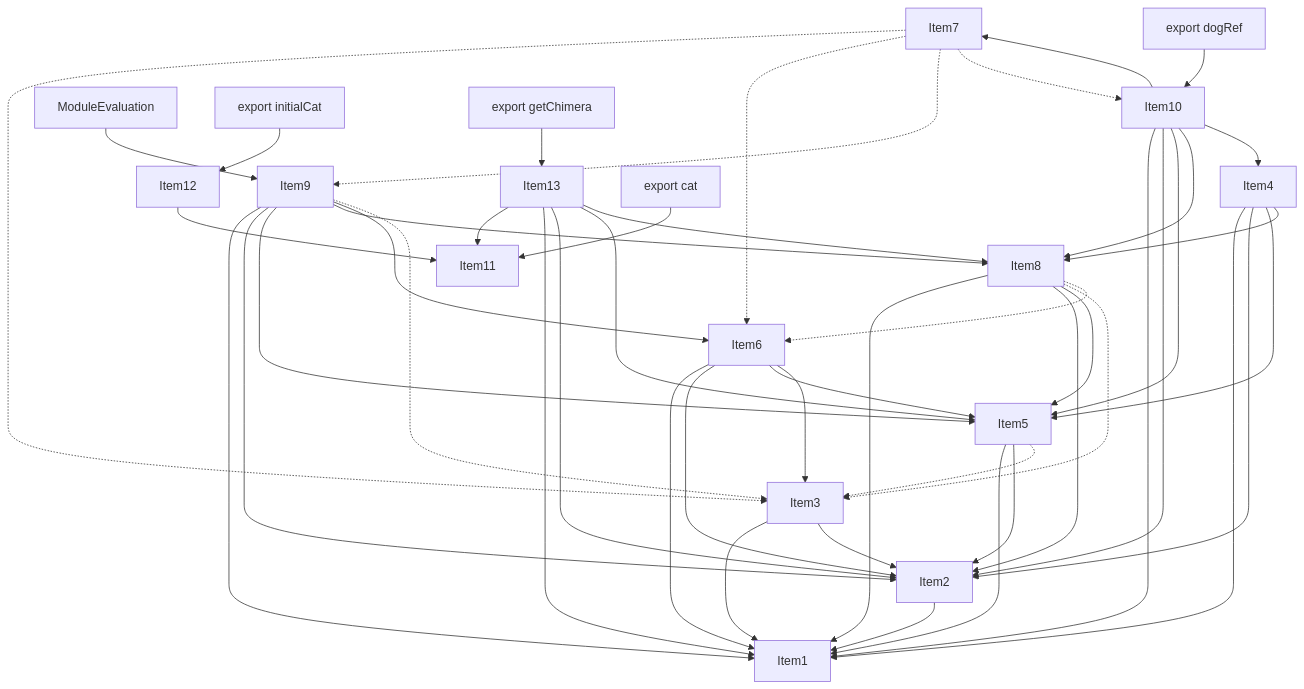
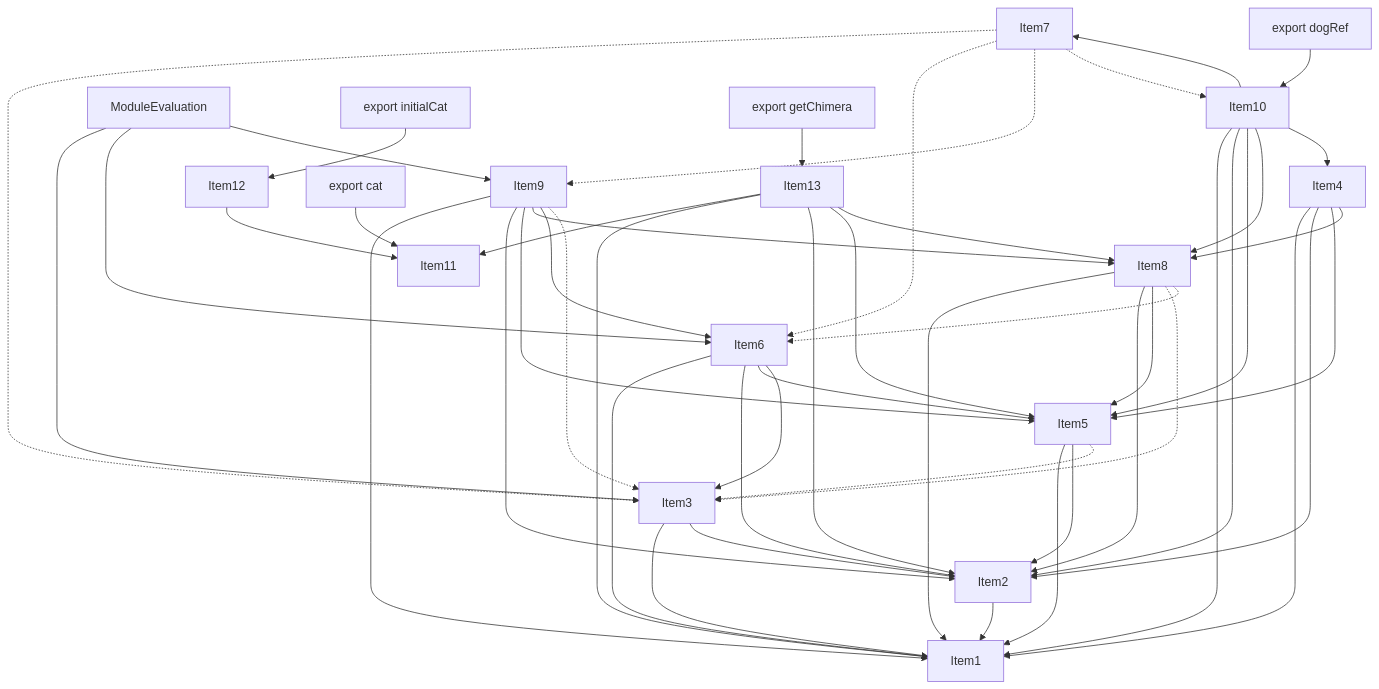
The fourth of 5 diagrams in crates/turbopack-ecmascript/tests/tree-shaker/analyzer/complex/output.md (vercel/turborepo), drawn with Mermaid before and after one commit. The commit also changed other lines of this file and 2 other files, not shown here.

Commit message:
Update test refs

````diff
--- a/crates/turbopack-ecmascript/tests/tree-shaker/analyzer/complex/output.md
+++ b/crates/turbopack-ecmascript/tests/tree-shaker/analyzer/complex/output.md
@@ -296,72 +296,74 @@
 ```mermaid
 graph TD
     Item1;
     Item2;
     Item3;
     Item4;
     Item5;
     Item6;
     Item7;
     Item8;
     Item9;
     Item10;
     Item11;
     Item12;
     Item13;
     Item14;
     Item14["ModuleEvaluation"];
     Item15;
     Item15["export dogRef"];
     Item16;
     Item16["export cat"];
     Item17;
     Item17["export initialCat"];
     Item18;
     Item18["export getChimera"];
     Item2 --> Item1;
     Item3 --> Item1;
     Item3 --> Item2;
     Item5 --> Item1;
     Item5 --> Item2;
     Item5 -.-> Item3;
     Item6 --> Item1;
     Item6 --> Item2;
     Item6 --> Item5;
     Item6 --> Item3;
     Item8 --> Item1;
     Item8 --> Item2;
     Item8 --> Item5;
     Item8 -.-> Item3;
     Item8 -.-> Item6;
     Item9 --> Item1;
     Item9 --> Item2;
     Item9 --> Item5;
     Item9 --> Item8;
     Item9 --> Item6;
     Item9 -.-> Item3;
     Item10 --> Item1;
     Item10 --> Item2;
     Item10 --> Item5;
     Item10 --> Item8;
     Item10 --> Item4;
     Item10 --> Item7;
     Item12 --> Item11;
     Item4 --> Item1;
     Item4 --> Item2;
     Item4 --> Item5;
     Item4 --> Item8;
     Item7 -.-> Item3;
     Item7 -.-> Item6;
     Item7 -.-> Item9;
     Item7 -.-> Item10;
     Item13 --> Item11;
     Item13 --> Item1;
     Item13 --> Item2;
     Item13 --> Item5;
     Item13 --> Item8;
+    Item14 --> Item3;
+    Item14 --> Item6;
     Item14 --> Item9;
     Item15 --> Item10;
     Item16 --> Item11;
     Item17 --> Item12;
     Item18 --> Item13;
 ```
````
